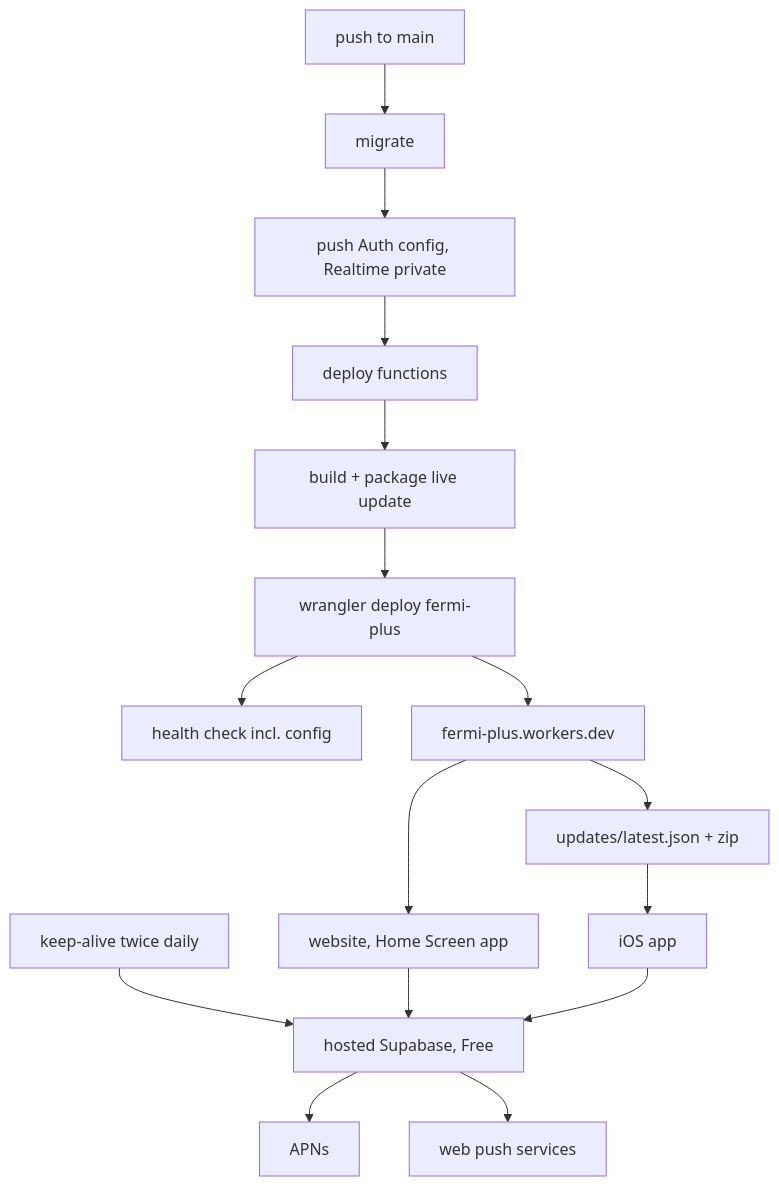
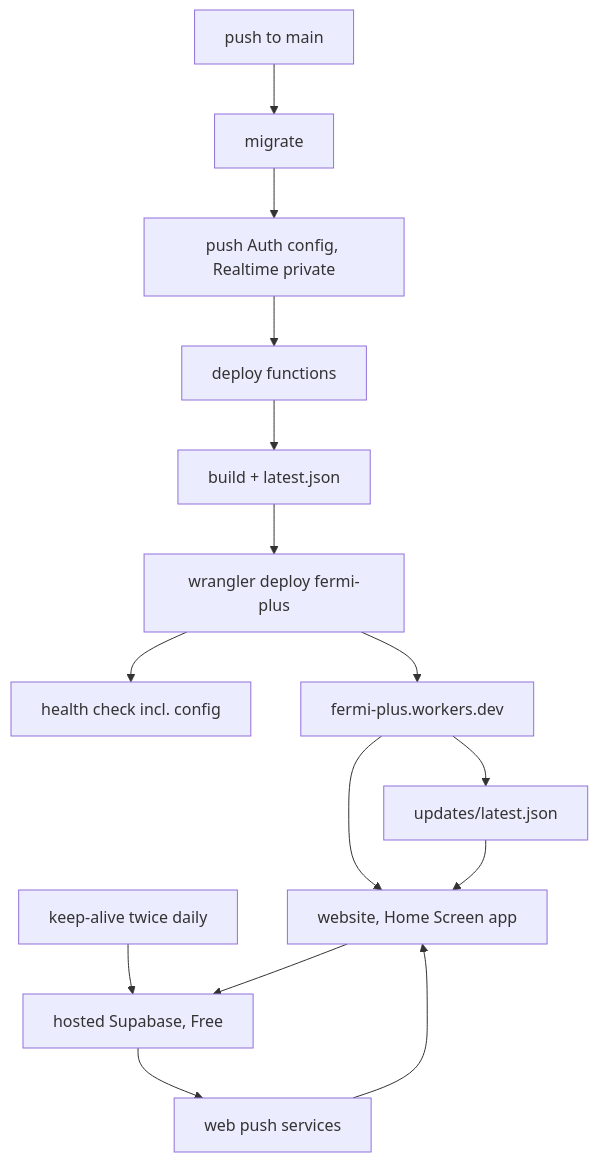
The second of 3 diagrams in _bmad-output/initiative-capacitor-supabase-port/architecture-capacitor-supabase-port/architecture-capacitor-supabase-port.md (Sallvainian/Fermi), drawn with Mermaid before and after one commit. The commit also changed other lines of this file and 22 other files, not shown here.

````diff
--- a/_bmad-output/initiative-capacitor-supabase-port/architecture-capacitor-supabase-port/architecture-capacitor-supabase-port.md
+++ b/_bmad-output/initiative-capacitor-supabase-port/architecture-capacitor-supabase-port/architecture-capacitor-supabase-port.md
@@ -377,18 +427,17 @@
 ```mermaid
 flowchart TD
   GH[push to main] --> MIG[migrate]
   MIG --> CFG[push Auth config, Realtime private]
   CFG --> FN[deploy functions]
-  FN --> BLD[build + package live update]
+  FN --> BLD[build + latest.json]
   BLD --> WR[wrangler deploy fermi-plus]
   WR --> HC[health check incl. config]
   WR --> CF[fermi-plus.workers.dev]
   CF --> WEB[website, Home Screen app]
-  CF --> UPD[updates/latest.json + zip]
-  UPD --> IOS[iOS app]
+  CF --> UPD[updates/latest.json]
+  UPD --> WEB
   KA[keep-alive twice daily] --> SBP[hosted Supabase, Free]
   WEB --> SBP
-  IOS --> SBP
-  SBP --> APNS[APNs]
   SBP --> WP[web push services]
+  WP --> WEB
 ```
````
